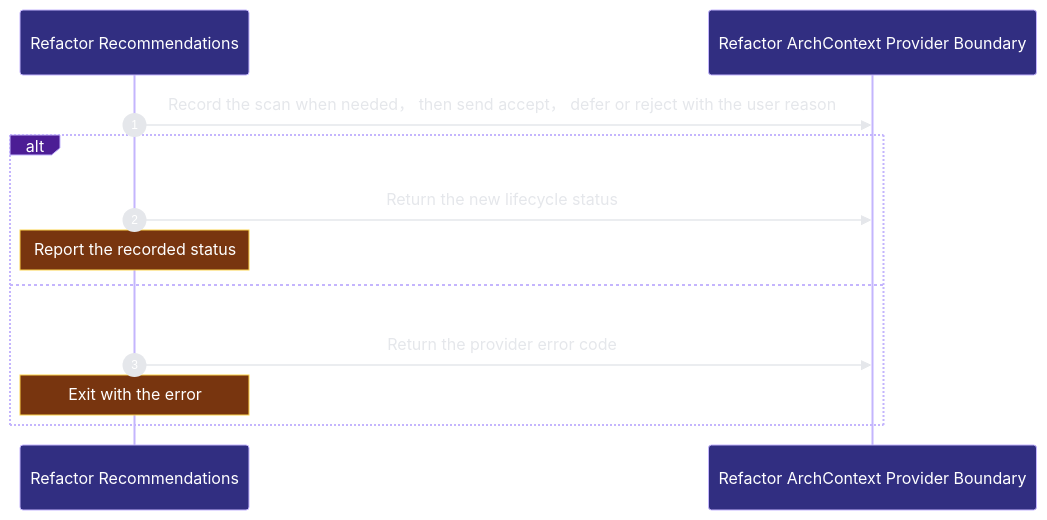
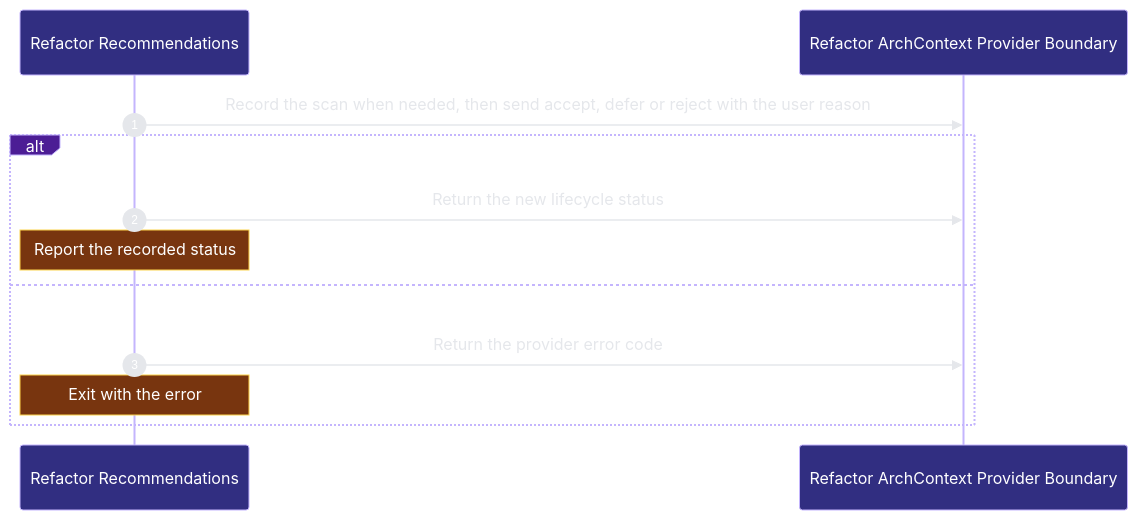
Before and after one commit to Ancienttwo/repo-harness: the second of 3 diagrams in docs/architecture/modules/runtime-harness/refactor-program.md, drawn with Mermaid. The commit also changed other lines of this file and 46 other files, not shown here.

First line of the commit message:
docs(architecture): re-project the architecture docs with archctx 0.7.1

````diff
--- a/docs/architecture/modules/runtime-harness/refactor-program.md
+++ b/docs/architecture/modules/runtime-harness/refactor-program.md
@@ -57,15 +73,15 @@
 ```mermaid
 %%{init: {"theme":"base","themeVariables":{"background":"#0d1117","actorBkg":"#312e81","actorBorder":"#c4b5fd","actorTextColor":"#ffffff","signalColor":"#e5e7eb","signalTextColor":"#e5e7eb","labelBoxBkgColor":"#4c1d95","labelBoxBorderColor":"#c4b5fd","labelTextColor":"#ffffff","noteBkgColor":"#78350f","noteBorderColor":"#fcd34d","noteTextColor":"#ffffff","sequenceNumberColor":"#ffffff"}}}%%
 sequenceDiagram
   autonumber
   participant p2_refactor_program_a8b792d5 as Refactor Recommendations
   participant p2_archctx_provider_3b536550 as Refactor ArchContext Provider Boundary
-  p2_refactor_program_a8b792d5->>p2_archctx_provider_3b536550: Record the scan when needed， then send accept， defer or reject with the user reason
+  p2_refactor_program_a8b792d5->>p2_archctx_provider_3b536550: Record the scan when needed#44; then send accept#44; defer or reject with the user reason
   alt ArchContext stores the decision and later scans hide the suggestion
   p2_refactor_program_a8b792d5->>p2_archctx_provider_3b536550: Return the new lifecycle status
     Note over p2_refactor_program_a8b792d5: Report the recorded status
   else An unknown suggestion or a provider error records nothing
   p2_refactor_program_a8b792d5->>p2_archctx_provider_3b536550: Return the provider error code
     Note over p2_refactor_program_a8b792d5: Exit with the error
   end
 ```
````
